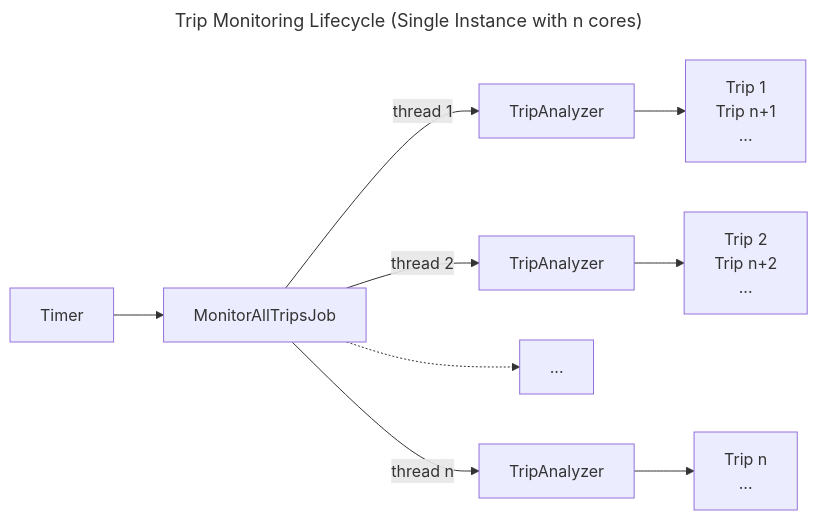
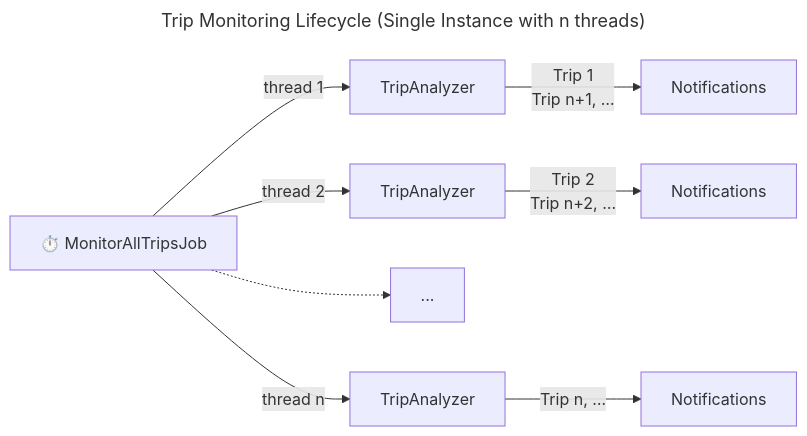
The second of 3 diagrams in docs/trip-monitoring.md (ibi-group/otp-middleware), drawn with Mermaid before and after one commit. The commit also changed other lines of this file, not shown here.

Commit message:
docs(trip-monitoring): Tweak intro wording and diagrams.

````diff
--- a/docs/trip-monitoring.md
+++ b/docs/trip-monitoring.md
@@ -92,22 +91,21 @@
 ```mermaid
 ---
-title: Trip Monitoring Lifecycle (Single Instance with n cores)
+title: Trip Monitoring Lifecycle (Single Instance with n threads)
 ---
 flowchart LR
-    job[MonitorAllTripsJob]
+    job["⏱️ MonitorAllTripsJob"]
     analyzer1[TripAnalyzer]
     analyzer2[TripAnalyzer]
     analyzerX[...]
     analyzerN[TripAnalyzer]
-    queue1[Trip 1<br>Trip n+1<br>...]
-    queue2[Trip 2<br>Trip n+2<br>...]
-    queueN[Trip n<br>...]
-    Timer --> job --thread 1--> analyzer1
+    queue1[Notifications]
+    queue2[Notifications]
+    queueN[Notifications]
+    job --thread 1--> analyzer1
     job --thread 2--> analyzer2
     job -.-> analyzerX
     job --thread n--> analyzerN
-    analyzer1 --> queue1
-    analyzer2 --> queue2
-    analyzerN --> queueN
-
+    analyzer1 --Trip 1<br>Trip n+1, …--> queue1
+    analyzer2 --Trip 2<br>Trip n+2, …--> queue2
+    analyzerN --Trip n, …--> queueN
 ```
````
